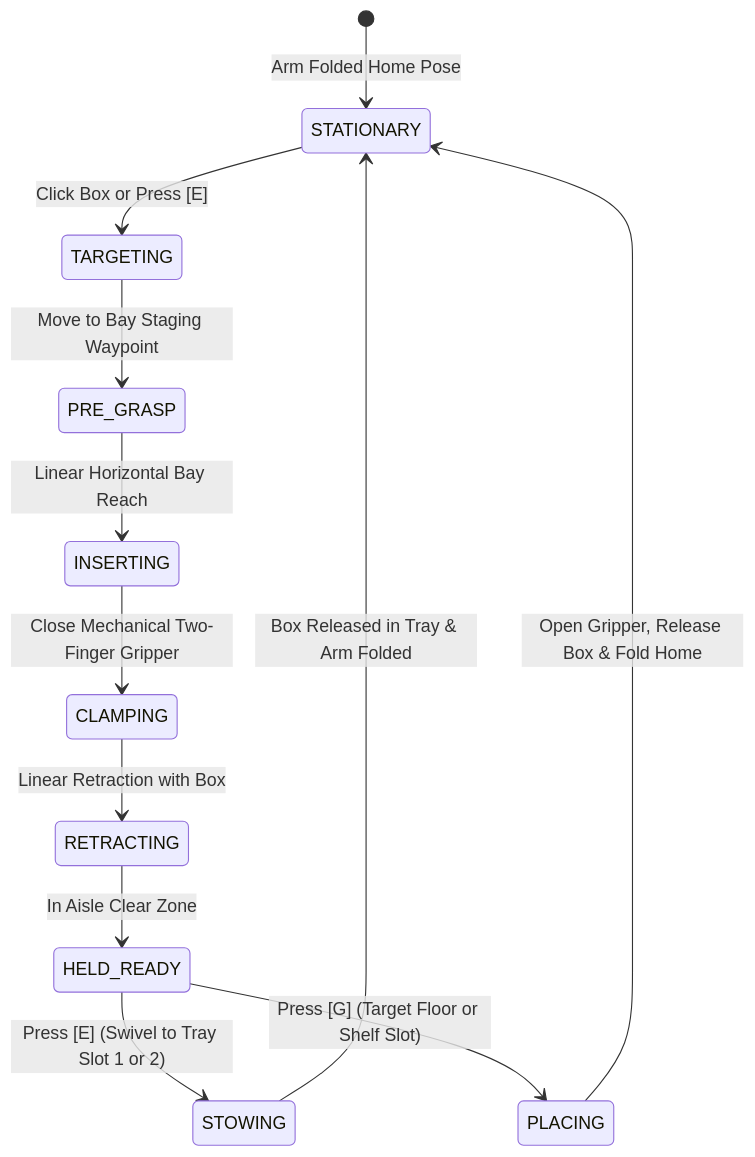
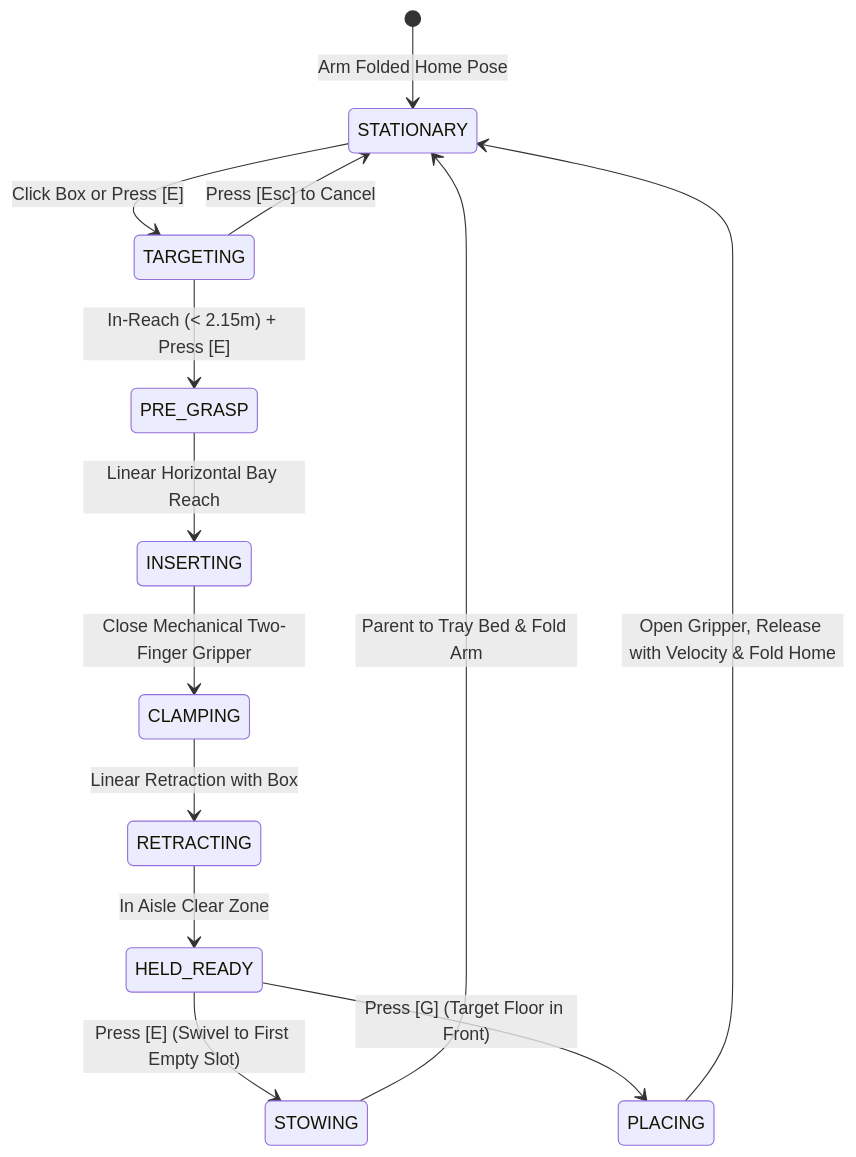
Before and after one commit to QuangManhAI/RL_port_scheduling_container: the diagram in docs/references/DYNAMIC_ROBOTIC_ARM_DESIGN_DECISIONS.md, drawn with Mermaid. The commit also changed other lines of this file and 5 other files, not shown here.

First line of the commit message:
fix(arm): extend reach for rack tiers, fix tray floating, and bind ESC

````diff
--- a/docs/references/DYNAMIC_ROBOTIC_ARM_DESIGN_DECISIONS.md
+++ b/docs/references/DYNAMIC_ROBOTIC_ARM_DESIGN_DECISIONS.md
@@ -109,14 +113,15 @@
 ```mermaid
 stateDiagram-v2
     [*] --> STATIONARY: Arm Folded Home Pose
     STATIONARY --> TARGETING: Click Box or Press [E]
-    TARGETING --> PRE_GRASP: Move to Bay Staging Waypoint
+    TARGETING --> STATIONARY: Press [Esc] to Cancel
+    TARGETING --> PRE_GRASP: In-Reach (< 2.15m) + Press [E]
     PRE_GRASP --> INSERTING: Linear Horizontal Bay Reach
     INSERTING --> CLAMPING: Close Mechanical Two-Finger Gripper
     CLAMPING --> RETRACTING: Linear Retraction with Box
     RETRACTING --> HELD_READY: In Aisle Clear Zone
-    HELD_READY --> STOWING: Press [E] (Swivel to Tray Slot 1 or 2)
-    STOWING --> STATIONARY: Box Released in Tray & Arm Folded
-    HELD_READY --> PLACING: Press [G] (Target Floor or Shelf Slot)
-    PLACING --> STATIONARY: Open Gripper, Release Box & Fold Home
+    HELD_READY --> STOWING: Press [E] (Swivel to First Empty Slot)
+    STOWING --> STATIONARY: Parent to Tray Bed & Fold Arm
+    HELD_READY --> PLACING: Press [G] (Target Floor in Front)
+    PLACING --> STATIONARY: Open Gripper, Release with Velocity & Fold Home
 ```
````
